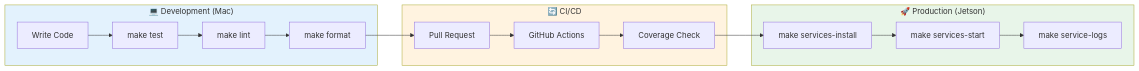
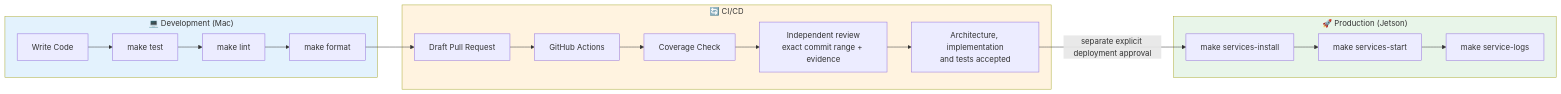
The ninth of 10 diagrams in docs/ARCHITECTURE.md (scottchronicity/orpheus), drawn with Mermaid before and after one commit. The commit also changed other lines of this file and 34 other files, not shown here.

First line of the commit message:
feat(architecture): enforce portable capability and runtime contracts

````diff
--- a/docs/ARCHITECTURE.md
+++ b/docs/ARCHITECTURE.md
@@ -646,35 +744,39 @@
 ```mermaid
 graph LR
     subgraph Dev["💻 Development (Mac)"]
         CODE[Write Code]
         TEST[make test]
         LINT[make lint]
         FMT[make format]
     end
 
     subgraph CI["🔄 CI/CD"]
-        PR[Pull Request]
+        PR[Draft Pull Request]
         GHA[GitHub Actions]
         COV[Coverage Check]
+        REVIEW[Independent review<br/>exact commit range + evidence]
+        ACCEPT[Architecture, implementation<br/>and tests accepted]
     end
 
     subgraph Prod["🚀 Production (Jetson)"]
         DEPLOY[make services-install]
         START[make services-start]
         LOGS[make service-logs]
     end
 
     CODE --> TEST
     TEST --> LINT
     LINT --> FMT
     FMT --> PR
     PR --> GHA
     GHA --> COV
-    COV --> DEPLOY
+    COV --> REVIEW
+    REVIEW --> ACCEPT
+    ACCEPT -->|separate explicit deployment approval| DEPLOY
     DEPLOY --> START
     START --> LOGS
 
     style Dev fill:#e3f2fd
     style CI fill:#fff3e0
     style Prod fill:#e8f5e9
 ```
````
